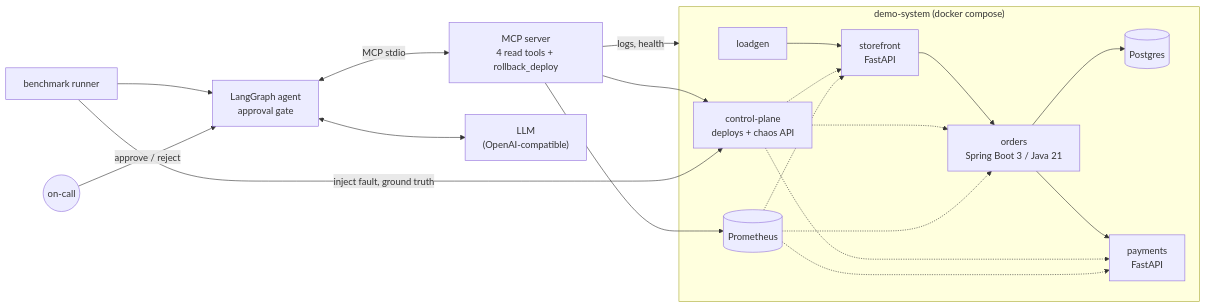
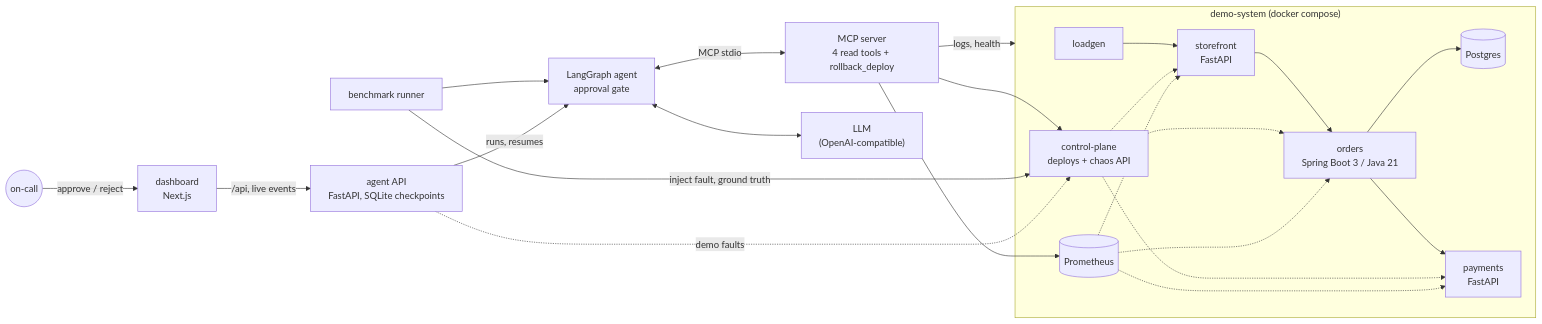
One commit to shreyashyadav1/opspilot changed the diagram in README.md. Above: the diagram before and after it, drawn with Mermaid. The commit also changed other lines of this file and 114 other files, not shown here.

First line of the commit message:
feat: add the operator dashboard and agent API (#1)

````diff
--- a/README.md
+++ b/README.md
@@ -17,23 +19,28 @@
 ```mermaid
 flowchart LR
     subgraph demo["demo-system (docker compose)"]
         LG[loadgen] --> SF["storefront<br/>FastAPI"]
         SF --> OR["orders<br/>Spring Boot 3 / Java 21"]
         OR --> PG[("Postgres")]
         OR --> PAY["payments<br/>FastAPI"]
         CP["control-plane<br/>deploys + chaos API"] -.-> SF & OR & PAY
         PROM[(Prometheus)] -.-> SF & OR & PAY
     end
     MCP["MCP server<br/>4 read tools + rollback_deploy"]
     AG["LangGraph agent<br/>approval gate"]
     LLM["LLM<br/>(OpenAI-compatible)"]
     EV["benchmark runner"]
+    API["agent API<br/>FastAPI, SQLite checkpoints"]
+    UI["dashboard<br/>Next.js"]
     MCP --> PROM
     MCP --> CP
     MCP -->|logs, health| demo
     AG <-->|MCP stdio| MCP
     AG <--> LLM
     EV -->|inject fault, ground truth| CP
     EV --> AG
-    Human((on-call)) -->|approve / reject| AG
+    API -->|runs, resumes| AG
+    API -. demo faults .-> CP
+    UI -->|/api, live events| API
+    Human((on-call)) -->|approve / reject| UI
 ```
````
